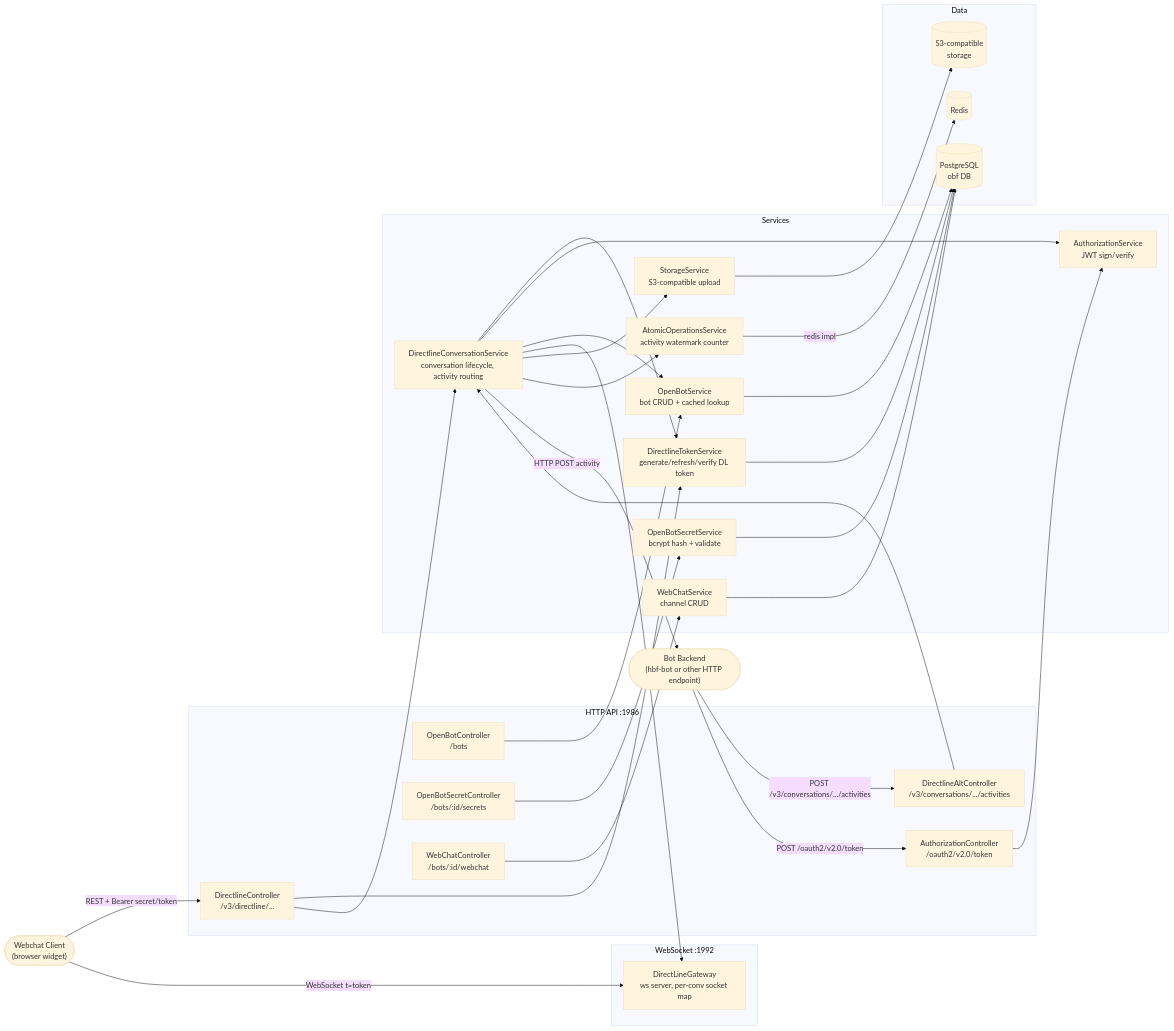
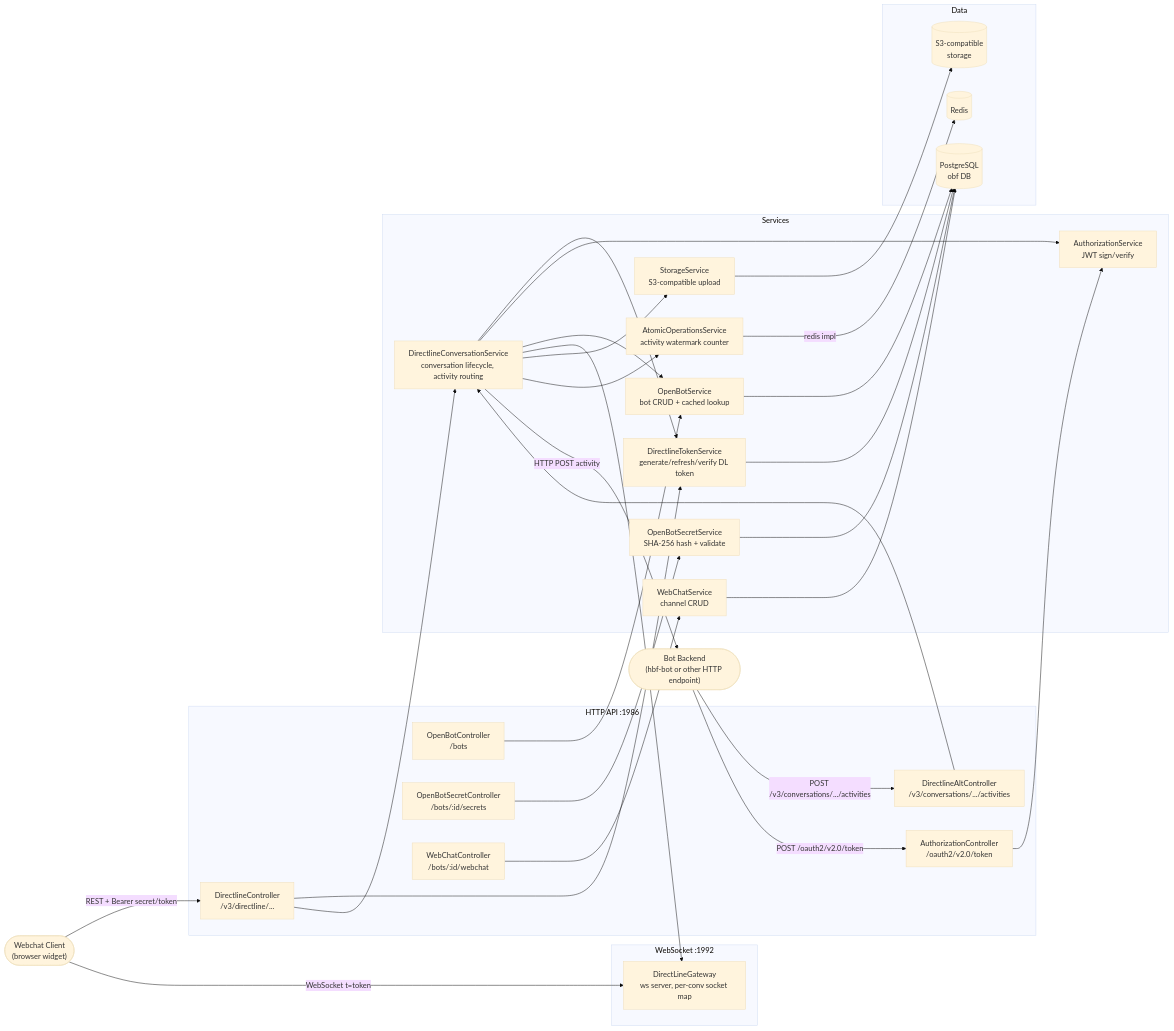
Before and after one commit to Helvia/open-bot-framework: the first of 3 diagrams in docs/architecture.md, drawn with Mermaid (base theme). The commit also changed other lines of this file and 2 other files, not shown here.

Commit message:
docs: fix secret-hash algorithm, start command, and test command
- architecture.md (2 spots): OpenBotSecretService labelled bcrypt;
  actual is SHA-256 via AuthorizationUtils.createHash. AI_BRIEF and
  data-model.md were already correct.
- deployment.md (2 spots): start command "node dist/src/main" should
  be "node dist/main" (matches package.json start:prod).
- AI_BRIEF: removed reference to "npm run test:e2e" (script does not
  exist in package.json).

````diff
--- a/docs/architecture.md
+++ b/docs/architecture.md
@@ -5,65 +5,65 @@
 ```mermaid
 flowchart LR
     webchatClient(["Webchat Client<br/>(browser widget)"])
     botBackend(["Bot Backend<br/>(hbf-bot or other HTTP endpoint)"])
 
     subgraph HTTP["HTTP API :1986"]
         authCtrl["AuthorizationController<br/>/oauth2/v2.0/token"]
         dlCtrl["DirectlineController<br/>/v3/directline/..."]
         dlAltCtrl["DirectlineAltController<br/>/v3/conversations/.../activities"]
         botCtrl["OpenBotController<br/>/bots"]
         secretCtrl["OpenBotSecretController<br/>/bots/:id/secrets"]
         webchatCtrl["WebChatController<br/>/bots/:id/webchat"]
     end
 
     subgraph WS["WebSocket :1992"]
         dlGateway["DirectLineGateway<br/>ws server, per-conv socket map"]
     end
 
     subgraph Services
         authSvc["AuthorizationService<br/>JWT sign/verify"]
         tokenSvc["DirectlineTokenService<br/>generate/refresh/verify DL token"]
         convSvc["DirectlineConversationService<br/>conversation lifecycle, activity routing"]
         botSvc["OpenBotService<br/>bot CRUD + cached lookup"]
-        secretSvc["OpenBotSecretService<br/>bcrypt hash + validate"]
+        secretSvc["OpenBotSecretService<br/>SHA-256 hash + validate"]
         webchatSvc["WebChatService<br/>channel CRUD"]
         storageSvc["StorageService<br/>S3-compatible upload"]
         atomicSvc["AtomicOperationsService<br/>activity watermark counter"]
     end
 
     subgraph Data
         pg[("PostgreSQL<br/>obf DB")]
         redis[("Redis")]
         s3[("S3-compatible<br/>storage")]
     end
 
     webchatClient -->|"REST + Bearer secret/token"| dlCtrl
     webchatClient -->|"WebSocket t=token"| dlGateway
     botBackend -->|"POST /v3/conversations/.../activities"| dlAltCtrl
     botBackend -->|"POST /oauth2/v2.0/token"| authCtrl
 
     dlCtrl --> tokenSvc
     dlCtrl --> convSvc
     dlAltCtrl --> convSvc
     authCtrl --> authSvc
 
     convSvc --> tokenSvc
     convSvc --> authSvc
     convSvc --> botSvc
     convSvc --> dlGateway
     convSvc --> storageSvc
     convSvc --> atomicSvc
     convSvc -->|"HTTP POST activity"| botBackend
 
     botCtrl --> botSvc
     secretCtrl --> secretSvc
     webchatCtrl --> webchatSvc
 
     botSvc --> pg
     secretSvc --> pg
     webchatSvc --> pg
     tokenSvc --> pg
 
     atomicSvc -->|"redis impl"| redis
     storageSvc --> s3
 ```
````
